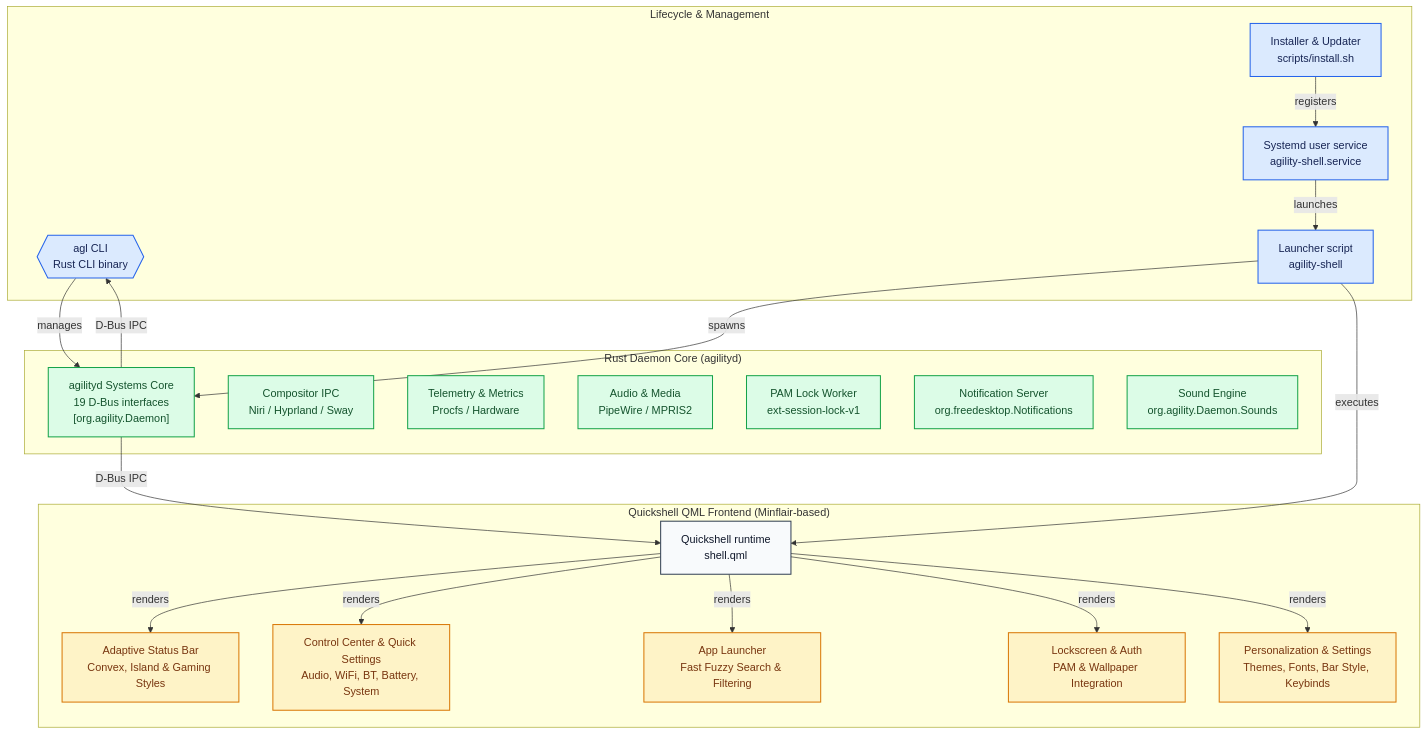
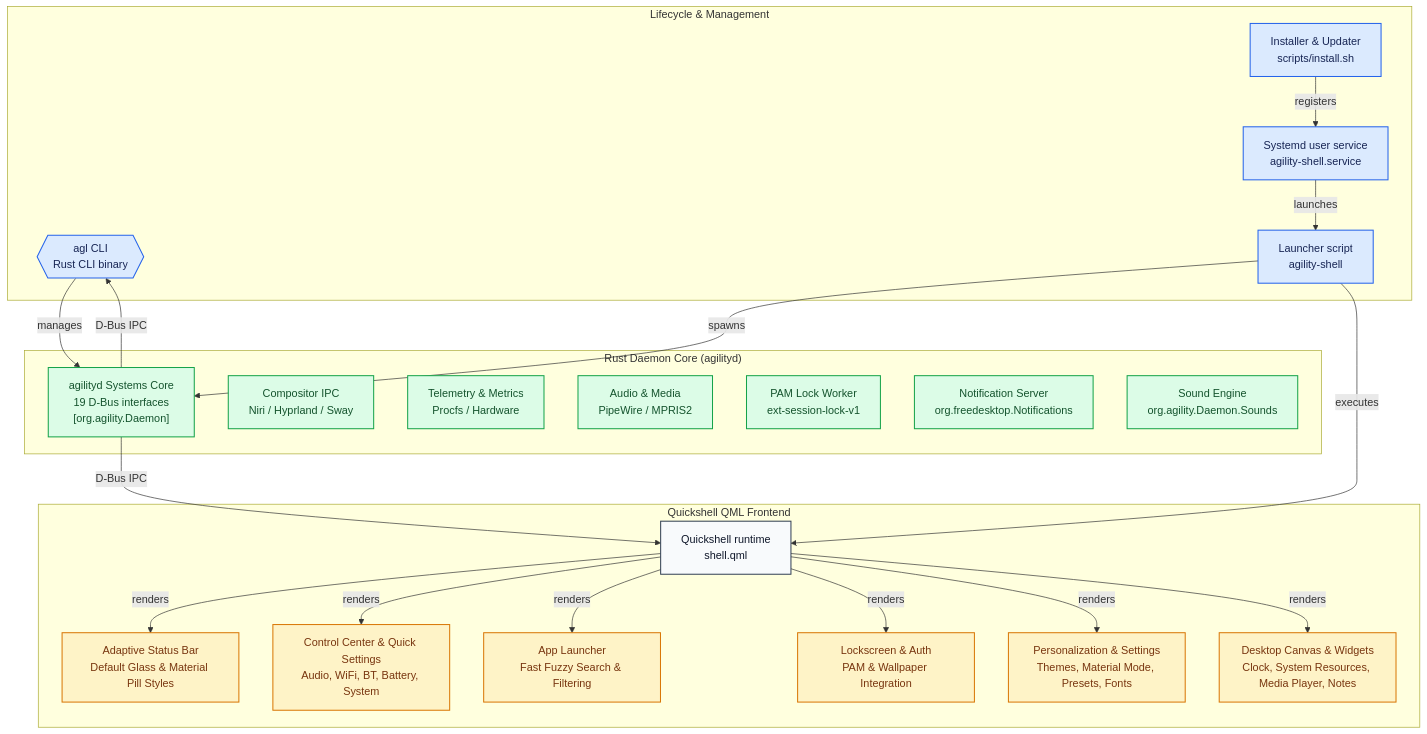
Before and after one commit to TattvaOrg/agility-shell: the diagram in README.md, drawn with Mermaid. The commit also changed other lines of this file and 12 other files, not shown here.

First line of the commit message:
feat: introduce Material Theme, desktop layout presets, and docs refinement

````diff
--- a/README.md
+++ b/README.md
@@ -218,65 +81,67 @@
 ```mermaid
 flowchart TD
 
 subgraph group_lifecycle["Lifecycle & Management"]
   node_agl{{"agl CLI<br/>Rust CLI binary"}}
   node_startup["Launcher script<br/>agility-shell"]
   node_installer["Installer & Updater<br/>scripts/install.sh"]
   node_systemd["Systemd user service<br/>agility-shell.service"]
 end
 
 subgraph group_daemon["Rust Daemon Core (agilityd)"]
   node_daemon["agilityd Systems Core<br/>19 D-Bus interfaces<br/>[org.agility.Daemon]"]
   node_compositor["Compositor IPC<br/>Niri / Hyprland / Sway"]
   node_telemetry["Telemetry & Metrics<br/>Procfs / Hardware"]
   node_audio["Audio & Media<br/>PipeWire / MPRIS2"]
   node_lock_pam["PAM Lock Worker<br/>ext-session-lock-v1"]
   node_notif_server["Notification Server<br/>org.freedesktop.Notifications"]
   node_sounds["Sound Engine<br/>org.agility.Daemon.Sounds"]
 end
 
-subgraph group_frontend["Quickshell QML Frontend (Minflair-based)"]
+subgraph group_frontend["Quickshell QML Frontend"]
   node_shell_qml["Quickshell runtime<br/>shell.qml"]
-  node_bar["Adaptive Status Bar<br/>Convex, Island & Gaming Styles"]
+  node_bar["Adaptive Status Bar<br/>Default Glass & Material Pill Styles"]
   node_controlcenter["Control Center & Quick Settings<br/>Audio, WiFi, BT, Battery, System"]
   node_launcher["App Launcher<br/>Fast Fuzzy Search & Filtering"]
   node_lockscreen["Lockscreen & Auth<br/>PAM & Wallpaper Integration"]
-  node_settings["Personalization & Settings<br/>Themes, Fonts, Bar Style, Keybinds"]
+  node_settings["Personalization & Settings<br/>Themes, Material Mode, Presets, Fonts"]
+  node_desktop_canvas["Desktop Canvas & Widgets<br/>Clock, System Resources, Media Player, Notes"]
 end
 
 node_installer -->|"registers"| node_systemd
 node_agl -->|"manages"| node_daemon
 node_systemd -->|"launches"| node_startup
 node_startup -->|"spawns"| node_daemon
 node_startup -->|"executes"| node_shell_qml
 node_daemon -->|"D-Bus IPC"| node_shell_qml
 node_daemon -->|"D-Bus IPC"| node_agl
 node_shell_qml -->|"renders"| node_bar
 node_shell_qml -->|"renders"| node_controlcenter
 node_shell_qml -->|"renders"| node_launcher
 node_shell_qml -->|"renders"| node_lockscreen
 node_shell_qml -->|"renders"| node_settings
+node_shell_qml -->|"renders"| node_desktop_canvas
 click node_agl "https://github.com/TattvaOrg/agility-shell/blob/main/crates/agility-cli"
 click node_daemon "https://github.com/TattvaOrg/agility-shell/blob/main/crates/agilityd"
 click node_startup "https://github.com/TattvaOrg/agility-shell/blob/main/agility-shell"
 click node_installer "https://github.com/TattvaOrg/agility-shell/blob/main/scripts/install.sh"
 click node_systemd "https://github.com/TattvaOrg/agility-shell/blob/main/systemd/agility-shell.service"
 click node_shell_qml "https://github.com/TattvaOrg/agility-shell/blob/main/quickshell/agility/shell.qml"
 click node_bar "https://github.com/TattvaOrg/agility-shell/blob/main/quickshell/agility/Modules/Bar"
 click node_controlcenter "https://github.com/TattvaOrg/agility-shell/blob/main/quickshell/agility/Modules/ControlCenter"
 click node_launcher "https://github.com/TattvaOrg/agility-shell/blob/main/quickshell/agility/Modules/Launcher"
 click node_lockscreen "https://github.com/TattvaOrg/agility-shell/blob/main/quickshell/agility/Modules/LockScreen"
 click node_settings "https://github.com/TattvaOrg/agility-shell/blob/main/quickshell/agility/Modules/Settings"
 
 classDef toneNeutral fill:#f8fafc,stroke:#334155,stroke-width:1.5px,color:#0f172a
 classDef toneBlue fill:#dbeafe,stroke:#2563eb,stroke-width:1.5px,color:#172554
 classDef toneAmber fill:#fef3c7,stroke:#d97706,stroke-width:1.5px,color:#78350f
 classDef toneMint fill:#dcfce7,stroke:#16a34a,stroke-width:1.5px,color:#14532d
 classDef toneRose fill:#ffe4e6,stroke:#e11d48,stroke-width:1.5px,color:#881337
 classDef toneIndigo fill:#e0e7ff,stroke:#4f46e5,stroke-width:1.5px,color:#312e81
 classDef toneTeal fill:#ccfbf1,stroke:#0f766e,stroke-width:1.5px,color:#134e4a
 class node_agl,node_startup,node_installer,node_systemd toneBlue
-class node_bar,node_controlcenter,node_launcher,node_lockscreen,node_settings toneAmber
+class node_bar,node_controlcenter,node_launcher,node_lockscreen,node_settings,node_desktop_canvas toneAmber
 class node_daemon,node_compositor,node_telemetry,node_audio,node_lock_pam,node_notif_server,node_sounds toneMint
 class node_shell_qml toneNeutral
 ```
````
